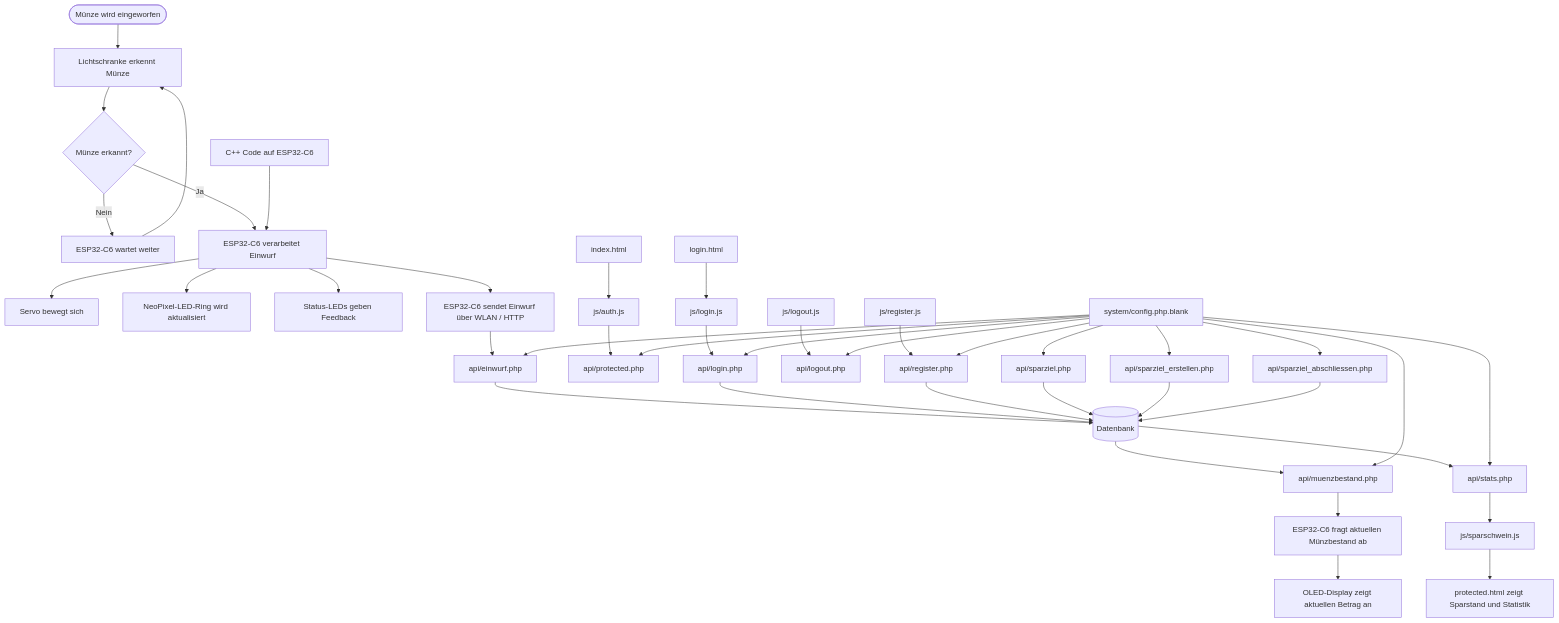
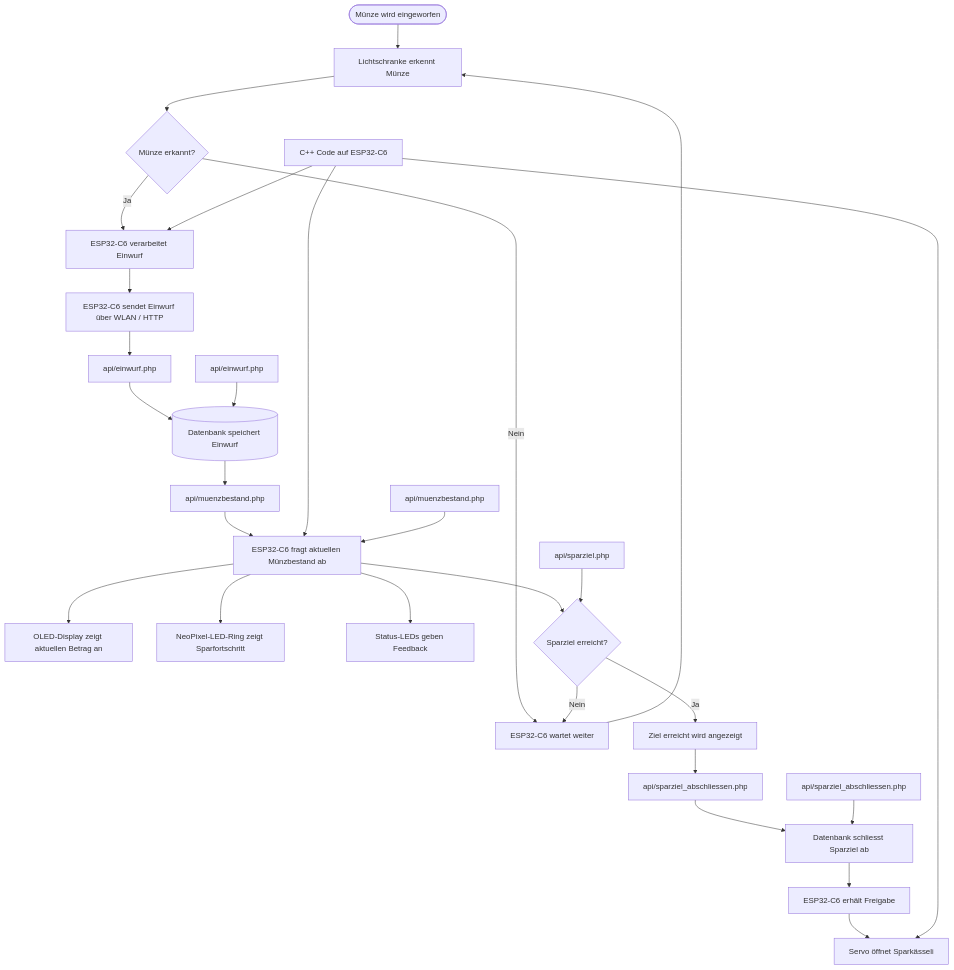
The diagram in README.md (markomilovanoviccc/IM4_VARM), drawn with Mermaid before and after one commit.

````diff
--- a/README.md
+++ b/README.md
@@ -84,54 +84,40 @@
 ```mermaid
 flowchart TD
     A([Münze wird eingeworfen]) --> B[Lichtschranke erkennt Münze]
     B --> C{Münze erkannt?}
 
     C -->|Nein| D[ESP32-C6 wartet weiter]
     D --> B
 
     C -->|Ja| E[ESP32-C6 verarbeitet Einwurf]
 
-    E --> F[Servo bewegt sich]
-    E --> G[NeoPixel-LED-Ring wird aktualisiert]
-    E --> H[Status-LEDs geben Feedback]
+    E --> F[ESP32-C6 sendet Einwurf über WLAN / HTTP]
+    F --> G[api/einwurf.php]
+    G --> H[(Datenbank speichert Einwurf)]
 
-    E --> I[ESP32-C6 sendet Einwurf über WLAN / HTTP]
-    I --> J[api/einwurf.php]
-    J --> K[(Datenbank)]
+    H --> I[api/muenzbestand.php]
+    I --> J[ESP32-C6 fragt aktuellen Münzbestand ab]
+    J --> K[OLED-Display zeigt aktuellen Betrag an]
 
-    K --> L[api/muenzbestand.php]
-    L --> M[ESP32-C6 fragt aktuellen Münzbestand ab]
-    M --> N[OLED-Display zeigt aktuellen Betrag an]
+    J --> L[NeoPixel-LED-Ring zeigt Sparfortschritt]
+    J --> M[Status-LEDs geben Feedback]
 
-    K --> O[api/stats.php]
-    O --> P[js/sparschwein.js]
-    P --> Q[protected.html zeigt Sparstand und Statistik]
+    J --> N{Sparziel erreicht?}
 
-    R[index.html] --> S[js/auth.js]
-    S --> T[api/protected.php]
+    N -->|Nein| D
 
-    U[login.html] --> V[js/login.js]
-    V --> W[api/login.php]
-    W --> K
+    N -->|Ja| O[Ziel erreicht wird angezeigt]
+    O --> P[api/sparziel_abschliessen.php]
+    P --> Q[Datenbank schliesst Sparziel ab]
+    Q --> R[ESP32-C6 erhält Freigabe]
+    R --> S[Servo öffnet Sparkässeli]
 
-    X[js/logout.js] --> Y[api/logout.php]
+    T[C++ Code auf ESP32-C6] --> E
+    T --> J
+    T --> S
 
-    Z[js/register.js] --> AA[api/register.php]
-    AA --> K
-
-    AB[api/sparziel.php] --> K
-    AC[api/sparziel_erstellen.php] --> K
-    AD[api/sparziel_abschliessen.php] --> K
-
-    AE[C++ Code auf ESP32-C6] --> E
-    AF[system/config.php.blank] --> J
-    AF --> L
-    AF --> O
-    AF --> T
-    AF --> W
-    AF --> Y
-    AF --> AA
-    AF --> AB
-    AF --> AC
-    AF --> AD
+    U[api/einwurf.php] --> H
+    V[api/muenzbestand.php] --> J
+    W[api/sparziel.php] --> N
+    X[api/sparziel_abschliessen.php] --> Q
 ```
````
